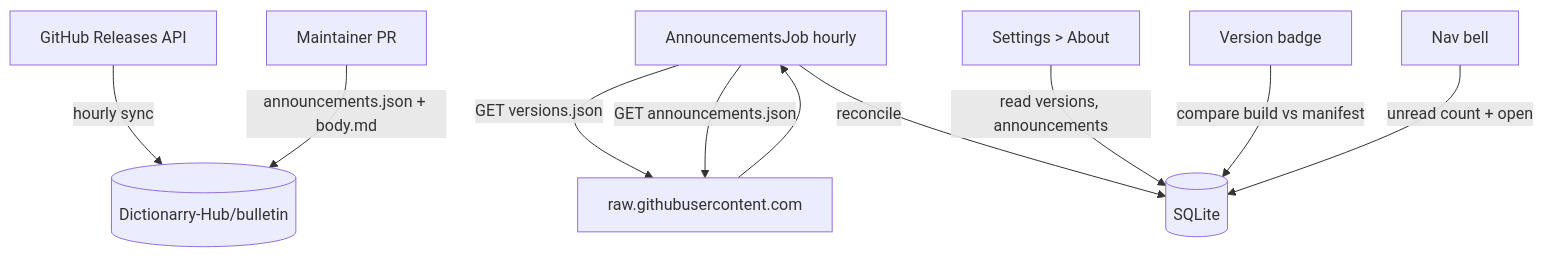
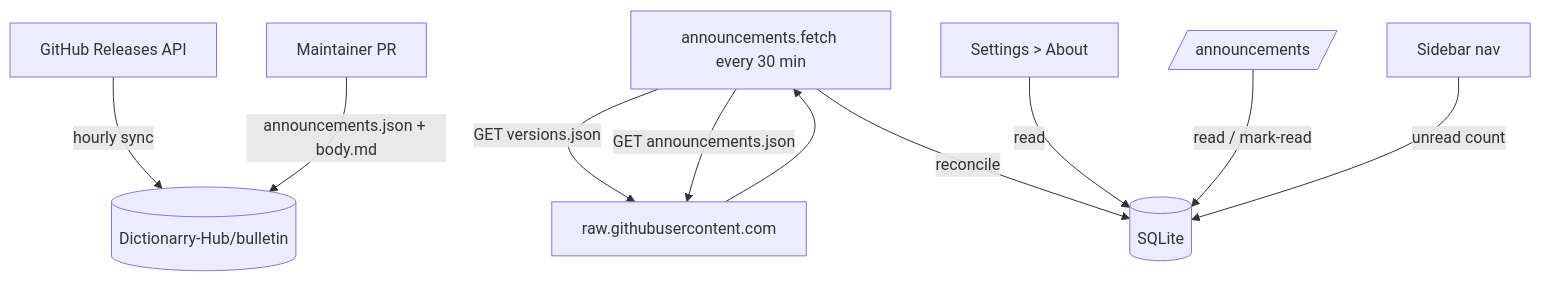
Before and after one commit to Dictionarry-Hub/profilarr: the diagram in docs/backend/announcements.md, drawn with Mermaid. The commit also changed other lines of this file and 1 other file, not shown here.

First line of the commit message:
docs: rewrite announcements.md as reference, fix mock-server port collision

````diff
--- a/docs/backend/announcements.md
+++ b/docs/backend/announcements.md
@@ -50,14 +46,14 @@
 ```mermaid
 flowchart TD
     API[GitHub Releases API] -->|hourly sync| BULLETIN[(Dictionarry-Hub/bulletin)]
     HUMAN[Maintainer PR] -->|announcements.json + body.md| BULLETIN
 
-    JOB[AnnouncementsJob hourly] -->|GET versions.json| CDN[raw.githubusercontent.com]
+    JOB[announcements.fetch every 30 min] -->|GET versions.json| CDN[raw.githubusercontent.com]
     JOB -->|GET announcements.json| CDN
     CDN --> JOB
     JOB -->|reconcile| DB[(SQLite)]
 
-    ABOUT[Settings > About] -->|read versions, announcements| DB
-    FOOTER[Version badge] -->|compare build vs manifest| DB
-    BELL[Nav bell] -->|unread count + open| DB
+    ABOUT[Settings > About] -->|read| DB
+    INBOX[/announcements/] -->|read / mark-read| DB
+    NAV[Sidebar nav] -->|unread count| DB
 ```
````
